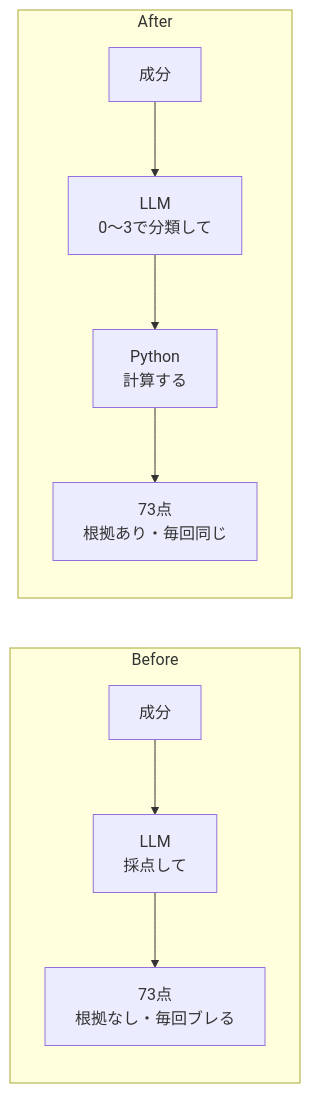
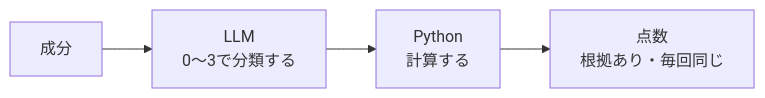
Before and after one commit to laluneyouyue/cosme-analyzer: the third of 4 diagrams in DESIGN.md, drawn with Mermaid. The commit also changed other lines of this file and 1 other file, not shown here.

````diff
--- a/DESIGN.md
+++ b/DESIGN.md
@@ -244,9 +229,4 @@
 ```mermaid
 flowchart LR
-    subgraph B["Before"]
-        B1["成分"] --> B2["LLM<br/>採点して"] --> B3["73点<br/>根拠なし・毎回ブレる"]
-    end
-    subgraph A["After"]
-        A1["成分"] --> A2["LLM<br/>0〜3で分類して"] --> A3["Python<br/>計算する"] --> A4["73点<br/>根拠あり・毎回同じ"]
-    end
+    A1["成分"] --> A2["LLM<br/>0〜3で分類する"] --> A3["Python<br/>計算する"] --> A4["点数<br/>根拠あり・毎回同じ"]
 ```
````
